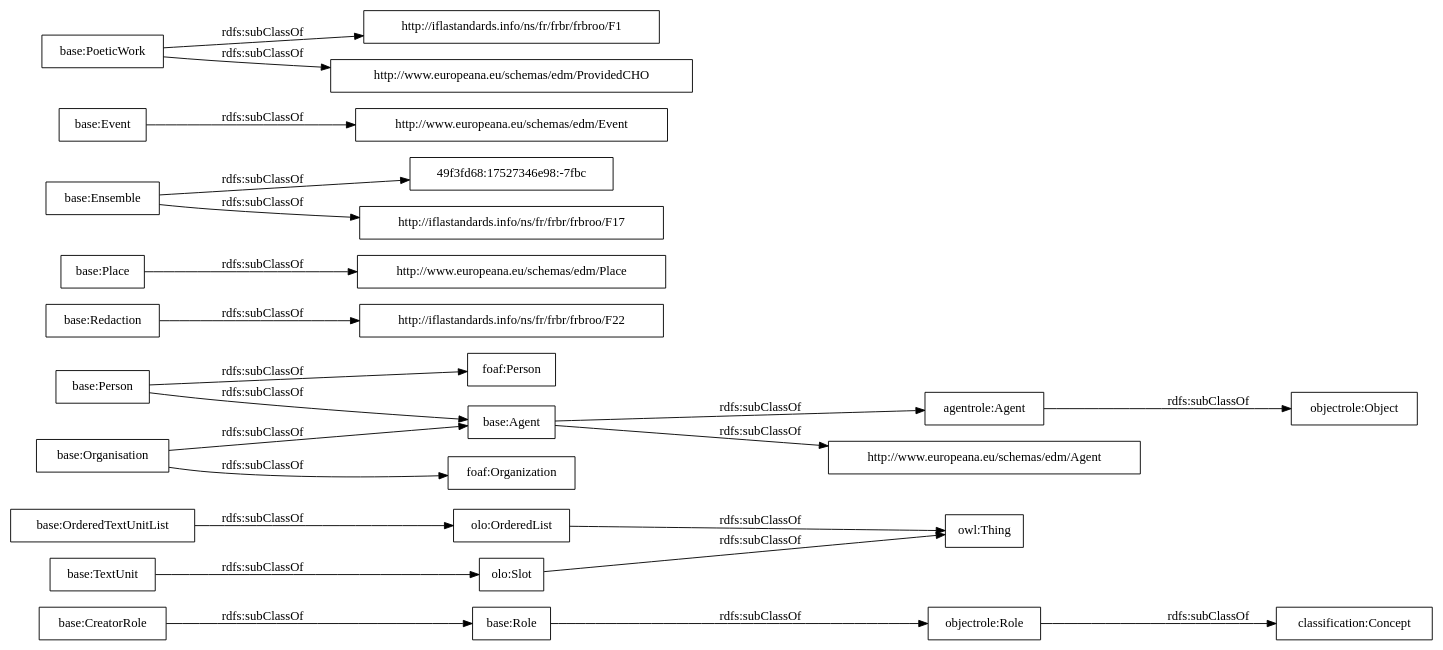
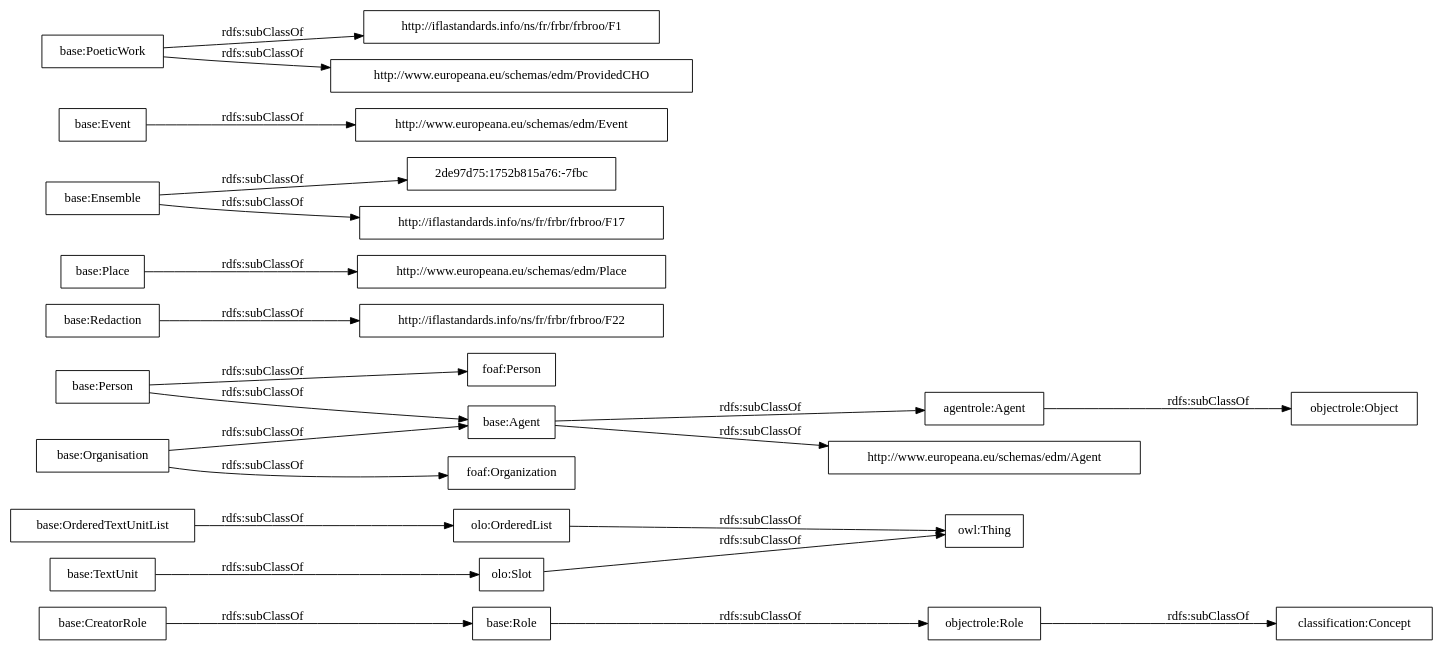
Before and after one commit to OnToologyUser/core-ontology-1: the diagram in OnToology/postdata-core.owl/diagrams/ar2dtool-taxonomy/postdata-core.owl.png.dot, drawn with Graphviz. The commit also changed 14 other files, not shown here.

```diff
--- a/OnToology/postdata-core.owl/diagrams/ar2dtool-taxonomy/postdata-core.owl.png.dot
+++ b/OnToology/postdata-core.owl/diagrams/ar2dtool-taxonomy/postdata-core.owl.png.dot
@@ -1,27 +1,27 @@
 digraph ar2dtool_diagram { 
 rankdir=LR;
 size="1000"
-node [shape = rectangle, color="black"]; "base:Role" "base:OrderedTextUnitList" "agentrole:Agent" "http://iflastandards.info/ns/fr/frbr/frbroo/F22" "http://www.europeana.eu/schemas/edm/Agent" "base:Agent" "base:CreatorRole" "base:Person" "base:Organisation" "http://www.europeana.eu/schemas/edm/Place" "base:Redaction" "foaf:Person" "base:Ensemble" "http://www.europeana.eu/schemas/edm/Event" "base:TextUnit" "http://iflastandards.info/ns/fr/frbr/frbroo/F1" "foaf:Organization" "http://www.europeana.eu/schemas/edm/ProvidedCHO" "base:Place" "49f3fd68:17527346e98:-7fbc" "base:Event" "base:PoeticWork" "http://iflastandards.info/ns/fr/frbr/frbroo/F17" "owl:Thing" "objectrole:Role" "objectrole:Object" "olo:Slot" "olo:OrderedList" "classification:Concept" ; /*classes style*/
+node [shape = rectangle, color="black"]; "base:Role" "base:OrderedTextUnitList" "agentrole:Agent" "http://iflastandards.info/ns/fr/frbr/frbroo/F22" "http://www.europeana.eu/schemas/edm/Agent" "base:Agent" "base:CreatorRole" "base:Person" "base:Organisation" "http://www.europeana.eu/schemas/edm/Place" "base:Redaction" "base:Ensemble" "foaf:Person" "http://www.europeana.eu/schemas/edm/Event" "base:TextUnit" "http://iflastandards.info/ns/fr/frbr/frbroo/F1" "foaf:Organization" "http://www.europeana.eu/schemas/edm/ProvidedCHO" "base:Place" "base:Event" "2de97d75:1752b815a76:-7fbc" "base:PoeticWork" "http://iflastandards.info/ns/fr/frbr/frbroo/F17" "owl:Thing" "objectrole:Role" "objectrole:Object" "olo:Slot" "olo:OrderedList" "classification:Concept" ; /*classes style*/
 	"base:Redaction" -> "http://iflastandards.info/ns/fr/frbr/frbroo/F22" [ label = "rdfs:subClassOf" ];
 	"base:Role" -> "objectrole:Role" [ label = "rdfs:subClassOf" ];
 	"base:Event" -> "http://www.europeana.eu/schemas/edm/Event" [ label = "rdfs:subClassOf" ];
 	"base:Person" -> "foaf:Person" [ label = "rdfs:subClassOf" ];
 	"base:Person" -> "base:Agent" [ label = "rdfs:subClassOf" ];
 	"olo:OrderedList" -> "owl:Thing" [ label = "rdfs:subClassOf" ];
 	"olo:Slot" -> "owl:Thing" [ label = "rdfs:subClassOf" ];
 	"base:PoeticWork" -> "http://www.europeana.eu/schemas/edm/ProvidedCHO" [ label = "rdfs:subClassOf" ];
 	"base:PoeticWork" -> "http://iflastandards.info/ns/fr/frbr/frbroo/F1" [ label = "rdfs:subClassOf" ];
 	"base:TextUnit" -> "olo:Slot" [ label = "rdfs:subClassOf" ];
 	"agentrole:Agent" -> "objectrole:Object" [ label = "rdfs:subClassOf" ];
-	"base:Ensemble" -> "49f3fd68:17527346e98:-7fbc" [ label = "rdfs:subClassOf" ];
+	"base:Ensemble" -> "2de97d75:1752b815a76:-7fbc" [ label = "rdfs:subClassOf" ];
 	"base:Ensemble" -> "http://iflastandards.info/ns/fr/frbr/frbroo/F17" [ label = "rdfs:subClassOf" ];
 	"base:OrderedTextUnitList" -> "olo:OrderedList" [ label = "rdfs:subClassOf" ];
 	"base:Agent" -> "agentrole:Agent" [ label = "rdfs:subClassOf" ];
 	"base:Agent" -> "http://www.europeana.eu/schemas/edm/Agent" [ label = "rdfs:subClassOf" ];
 	"objectrole:Role" -> "classification:Concept" [ label = "rdfs:subClassOf" ];
 	"base:Place" -> "http://www.europeana.eu/schemas/edm/Place" [ label = "rdfs:subClassOf" ];
 	"base:Organisation" -> "foaf:Organization" [ label = "rdfs:subClassOf" ];
 	"base:Organisation" -> "base:Agent" [ label = "rdfs:subClassOf" ];
 	"base:CreatorRole" -> "base:Role" [ label = "rdfs:subClassOf" ];
 
 }
```
